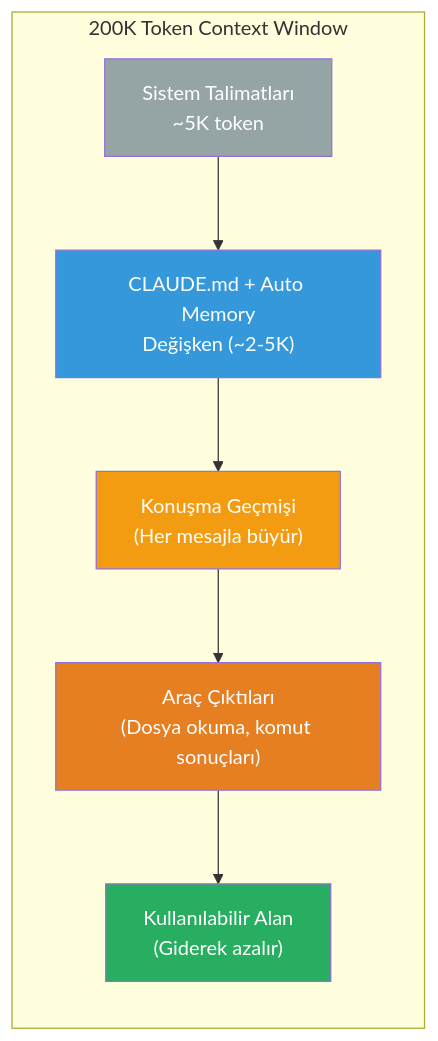
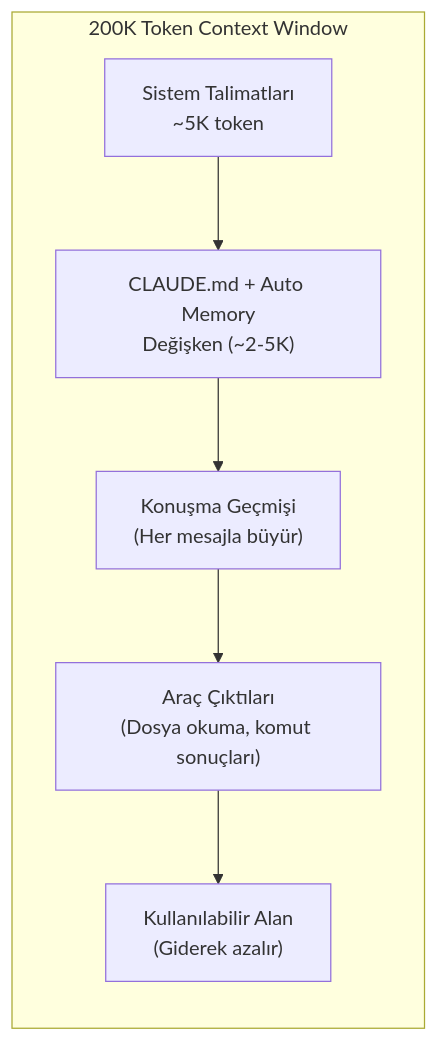
The first of 7 diagrams in 09-bellek-ve-baglam/05-context-window-yonetimi.md (IzzetYasinAtes/ClaudeCodeHandbook), drawn with Mermaid before and after one commit. The commit also changed other lines of this file and 97 other files, not shown here.

Commit message:
Remove all custom Mermaid style/fill colors from 98 markdown files for consistent dark theme rendering

````diff
--- a/09-bellek-ve-baglam/05-context-window-yonetimi.md
+++ b/09-bellek-ve-baglam/05-context-window-yonetimi.md
@@ -18,19 +18,14 @@
 ```mermaid
 flowchart TD
     subgraph window ["200K Token Context Window"]
         direction TB
         SYS["Sistem Talimatları<br/>~5K token"]
         MEM["CLAUDE.md + Auto Memory<br/>Değişken (~2-5K)"]
         CONV["Konuşma Geçmişi<br/>(Her mesajla büyür)"]
         TOOL["Araç Çıktıları<br/>(Dosya okuma, komut sonuçları)"]
         FREE["Kullanılabilir Alan<br/>(Giderek azalır)"]
     end
 
     SYS --> MEM --> CONV --> TOOL --> FREE
 
-    style SYS fill:#95A5A6,color:#fff
-    style MEM fill:#3498DB,color:#fff
-    style CONV fill:#F39C12,color:#fff
-    style TOOL fill:#E67E22,color:#fff
-    style FREE fill:#27AE60,color:#fff
 ```
````
